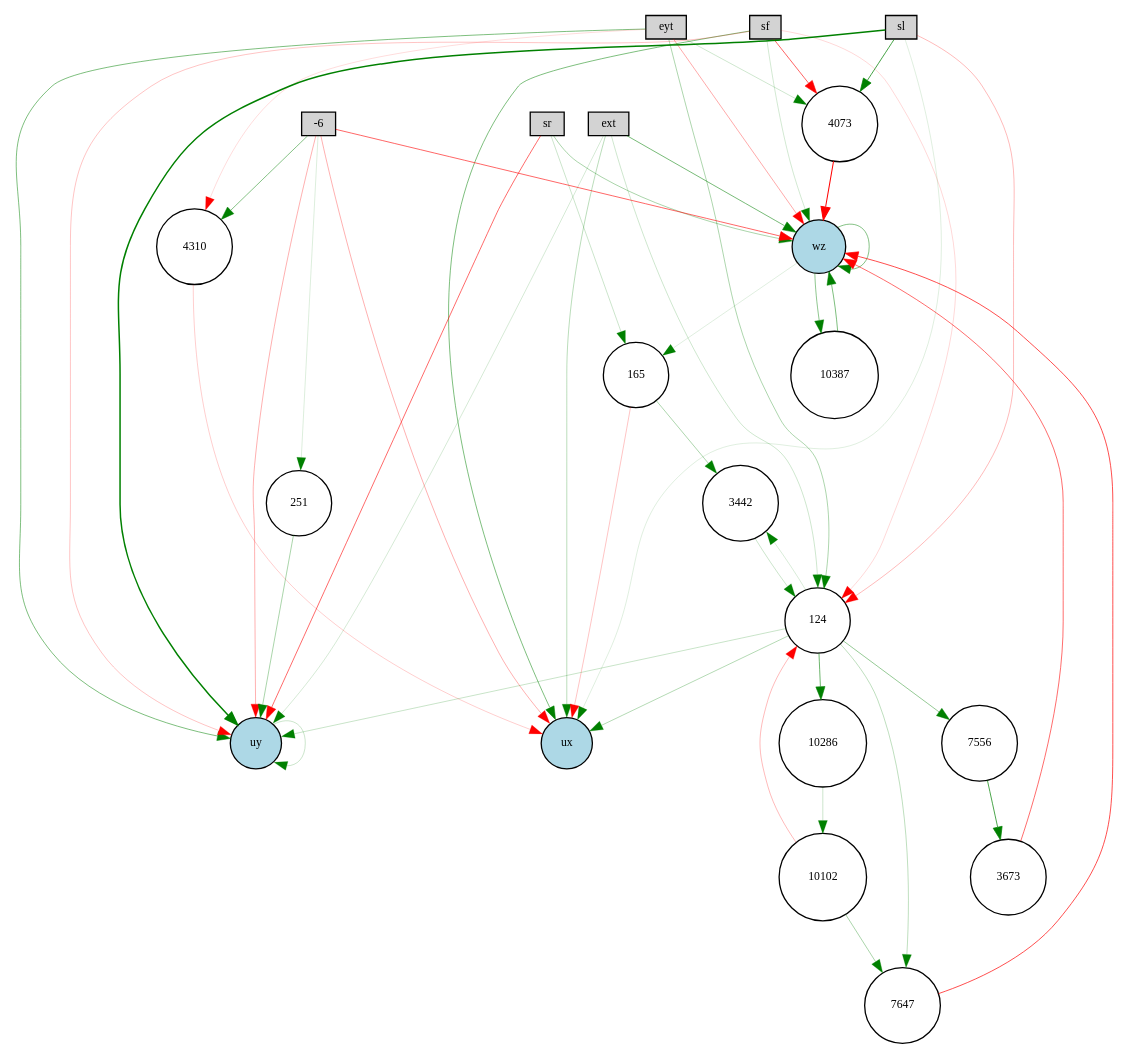
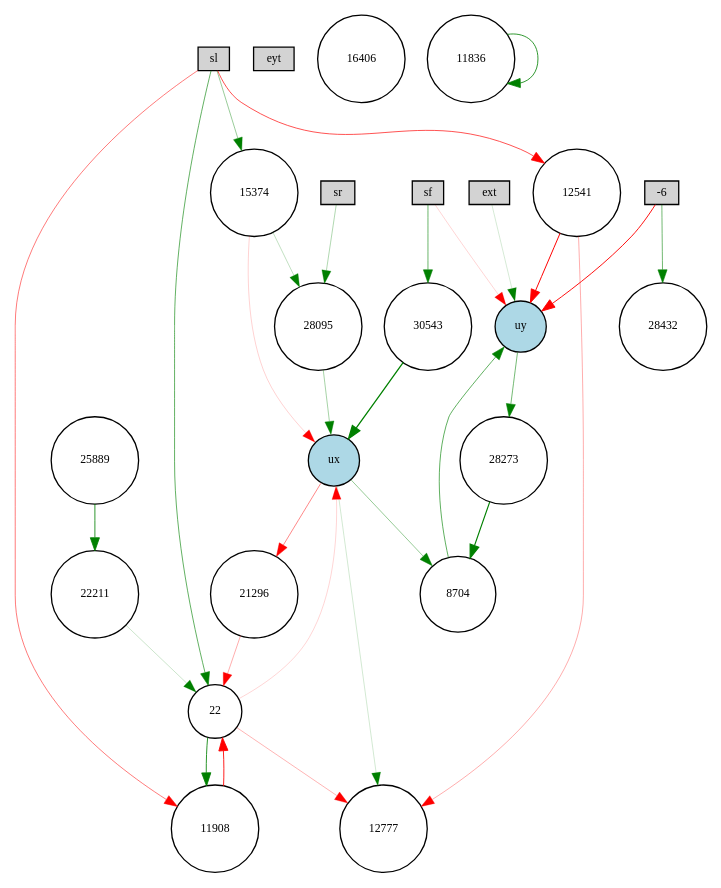
Before and after one commit to KaiL4eK/autopilot_simulator: the diagram in pictures_ctrnn/winner-feedforward-enabled.gv, drawn with Graphviz. The commit also changed 22 other files, not shown here.

```diff
--- a/pictures_ctrnn/winner-feedforward-enabled.gv
+++ b/pictures_ctrnn/winner-feedforward-enabled.gv
@@ -1,73 +1,56 @@
 digraph {
 	node [fontsize=9 height=0.2 shape=circle width=0.2]
 	ext [fillcolor=lightgray shape=box style=filled]
 	eyt [fillcolor=lightgray shape=box style=filled]
 	sf [fillcolor=lightgray shape=box style=filled]
 	sl [fillcolor=lightgray shape=box style=filled]
 	sr [fillcolor=lightgray shape=box style=filled]
 	-6 [fillcolor=lightgray shape=box style=filled]
 	ux [fillcolor=lightblue style=filled]
 	uy [fillcolor=lightblue style=filled]
-	wz [fillcolor=lightblue style=filled]
-	7556 [fillcolor=white style=filled]
-	165 [fillcolor=white style=filled]
-	4073 [fillcolor=white style=filled]
-	10286 [fillcolor=white style=filled]
-	3442 [fillcolor=white style=filled]
-	10387 [fillcolor=white style=filled]
-	10102 [fillcolor=white style=filled]
-	4310 [fillcolor=white style=filled]
-	3673 [fillcolor=white style=filled]
-	251 [fillcolor=white style=filled]
-	124 [fillcolor=white style=filled]
-	7647 [fillcolor=white style=filled]
-	sl -> 124 [color=red penwidth=0.20997772084048266 style=solid]
-	-6 -> 4310 [color=green penwidth=0.36528828261009694 style=solid]
-	7556 -> 3673 [color=green penwidth=0.5416207111874182 style=solid]
-	3442 -> 124 [color=green penwidth=0.16011210006896265 style=solid]
-	eyt -> wz [color=red penwidth=0.2647330525764645 style=solid]
-	124 -> ux [color=green penwidth=0.23031736511795572 style=solid]
-	4310 -> ux [color=red penwidth=0.1502130890819292 style=solid]
-	ext -> ux [color=green penwidth=0.21273746242637814 style=solid]
-	ext -> uy [color=green penwidth=0.12720269538205736 style=solid]
-	sr -> uy [color=red penwidth=0.45134154318622555 style=solid]
-	-6 -> 251 [color=green penwidth=0.1082627426678353 style=solid]
-	ext -> 124 [color=green penwidth=0.15166148011047537 style=solid]
-	-6 -> ux [color=red penwidth=0.2411137919303114 style=solid]
-	165 -> 3442 [color=green penwidth=0.2493069430911863 style=solid]
-	eyt -> 4310 [color=red penwidth=0.10764073798475564 style=solid]
-	sf -> wz [color=green penwidth=0.1370533544326312 style=solid]
-	7647 -> wz [color=red penwidth=0.5286415449889652 style=solid]
-	eyt -> uy [color=green penwidth=0.39258594847344896 style=solid]
-	3673 -> wz [color=red penwidth=0.44369623556826776 style=solid]
-	10102 -> 124 [color=red penwidth=0.20680002377348253 style=solid]
-	10286 -> 10102 [color=green penwidth=0.15983445544763444 style=solid]
-	10102 -> 7647 [color=green penwidth=0.2630430156832237 style=solid]
-	uy -> uy [color=green penwidth=0.16362729976548568 style=solid]
-	124 -> 3442 [color=green penwidth=0.11583734475503563 style=solid]
-	sf -> 124 [color=red penwidth=0.1163712975590653 style=solid]
-	-6 -> uy [color=red penwidth=0.23533419106277229 style=solid]
-	4073 -> wz [color=red penwidth=0.7847033419868286 style=solid]
-	sf -> 4073 [color=red penwidth=0.4653985418821186 style=solid]
-	ext -> wz [color=green penwidth=0.40939926231824963 style=solid]
-	sf -> uy [color=red penwidth=0.1837819354367029 style=solid]
-	10387 -> wz [color=green penwidth=0.3909373541380913 style=solid]
-	251 -> uy [color=green penwidth=0.26139973631588465 style=solid]
-	124 -> 10286 [color=green penwidth=0.4370962872446509 style=solid]
-	165 -> ux [color=red penwidth=0.1774137453787577 style=solid]
-	sl -> ux [color=green penwidth=0.1001261571642583 style=solid]
-	wz -> 10387 [color=green penwidth=0.34072994480209007 style=solid]
-	sr -> wz [color=green penwidth=0.26074044250654826 style=solid]
-	sr -> 165 [color=green penwidth=0.15881124402504182 style=solid]
-	sl -> uy [color=green penwidth=1.1476422987894281 style=solid]
-	124 -> 7647 [color=green penwidth=0.2036627949941402 style=solid]
-	124 -> 7556 [color=green penwidth=0.31686779132971576 style=solid]
-	eyt -> 4073 [color=green penwidth=0.15153097491660017 style=solid]
-	sl -> 4073 [color=green penwidth=0.564244953475575 style=solid]
-	wz -> wz [color=green penwidth=0.37438572371380097 style=solid]
-	sf -> ux [color=green penwidth=0.38887665637415414 style=solid]
-	-6 -> wz [color=red penwidth=0.4597679803817717 style=solid]
-	eyt -> 124 [color=green penwidth=0.24575941427590606 style=solid]
-	124 -> uy [color=green penwidth=0.16580057599977482 style=solid]
-	wz -> 165 [color=green penwidth=0.10272608780496312 style=solid]
+	25889 [fillcolor=white style=filled]
+	22211 [fillcolor=white style=filled]
+	11908 [fillcolor=white style=filled]
+	8704 [fillcolor=white style=filled]
+	12777 [fillcolor=white style=filled]
+	15374 [fillcolor=white style=filled]
+	30543 [fillcolor=white style=filled]
+	21296 [fillcolor=white style=filled]
+	28273 [fillcolor=white style=filled]
+	28432 [fillcolor=white style=filled]
+	22 [fillcolor=white style=filled]
+	16406 [fillcolor=white style=filled]
+	11836 [fillcolor=white style=filled]
+	12541 [fillcolor=white style=filled]
+	28095 [fillcolor=white style=filled]
+	15374 -> 28095 [color=green penwidth=0.18626062795119325 style=solid]
+	21296 -> 22 [color=red penwidth=0.2535293545358933 style=solid]
+	15374 -> ux [color=red penwidth=0.14167282857722202 style=solid]
+	ux -> 12777 [color=green penwidth=0.14151740636334403 style=solid]
+	ext -> uy [color=green penwidth=0.13379404553727203 style=solid]
+	22211 -> 22 [color=green penwidth=0.1648412305274649 style=solid]
+	22 -> 11908 [color=green penwidth=0.6413008235491802 style=solid]
+	11836 -> 11836 [color=green penwidth=0.6153576196110088 style=solid]
+	uy -> 28273 [color=green penwidth=0.4237854032393519 style=solid]
+	sl -> 15374 [color=green penwidth=0.30893698939949477 style=solid]
+	ux -> 8704 [color=green penwidth=0.31525108318149814 style=solid]
+	-6 -> uy [color=red penwidth=0.7109126359060433 style=solid]
+	sl -> 12541 [color=red penwidth=0.5170281783453181 style=solid]
+	12541 -> 12777 [color=red penwidth=0.2516953038082739 style=solid]
+	28273 -> 8704 [color=green penwidth=0.9056194421785339 style=solid]
+	12541 -> uy [color=red penwidth=0.7583427852534127 style=solid]
+	sl -> 11908 [color=red penwidth=0.39895722378046616 style=solid]
+	sr -> 28095 [color=green penwidth=0.23525278061281907 style=solid]
+	28095 -> ux [color=green penwidth=0.2707999522260131 style=solid]
+	22 -> ux [color=red penwidth=0.13020848643590785 style=solid]
+	8704 -> uy [color=green penwidth=0.4787961308979318 style=solid]
+	25889 -> 22211 [color=green penwidth=0.6331748101827307 style=solid]
+	30543 -> ux [color=green penwidth=0.9759749257568252 style=solid]
+	sl -> 22 [color=green penwidth=0.46762788848756043 style=solid]
+	22 -> 12777 [color=red penwidth=0.22699822480393264 style=solid]
+	ux -> 21296 [color=red penwidth=0.358226499908752 style=solid]
+	sf -> uy [color=red penwidth=0.13026382326135305 style=solid]
+	-6 -> 28432 [color=green penwidth=0.42785383391760523 style=solid]
+	sf -> 30543 [color=green penwidth=0.45197832463396215 style=solid]
+	11908 -> 22 [color=red penwidth=0.673986932534613 style=solid]
 }
```
